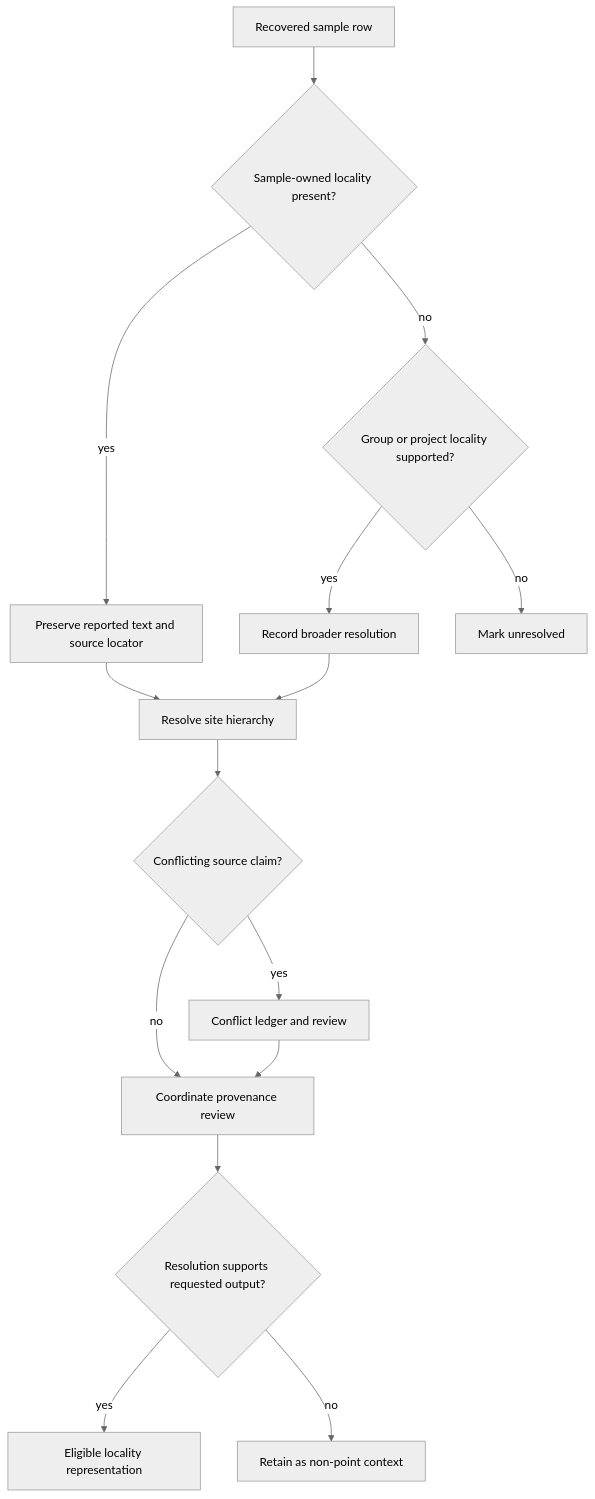
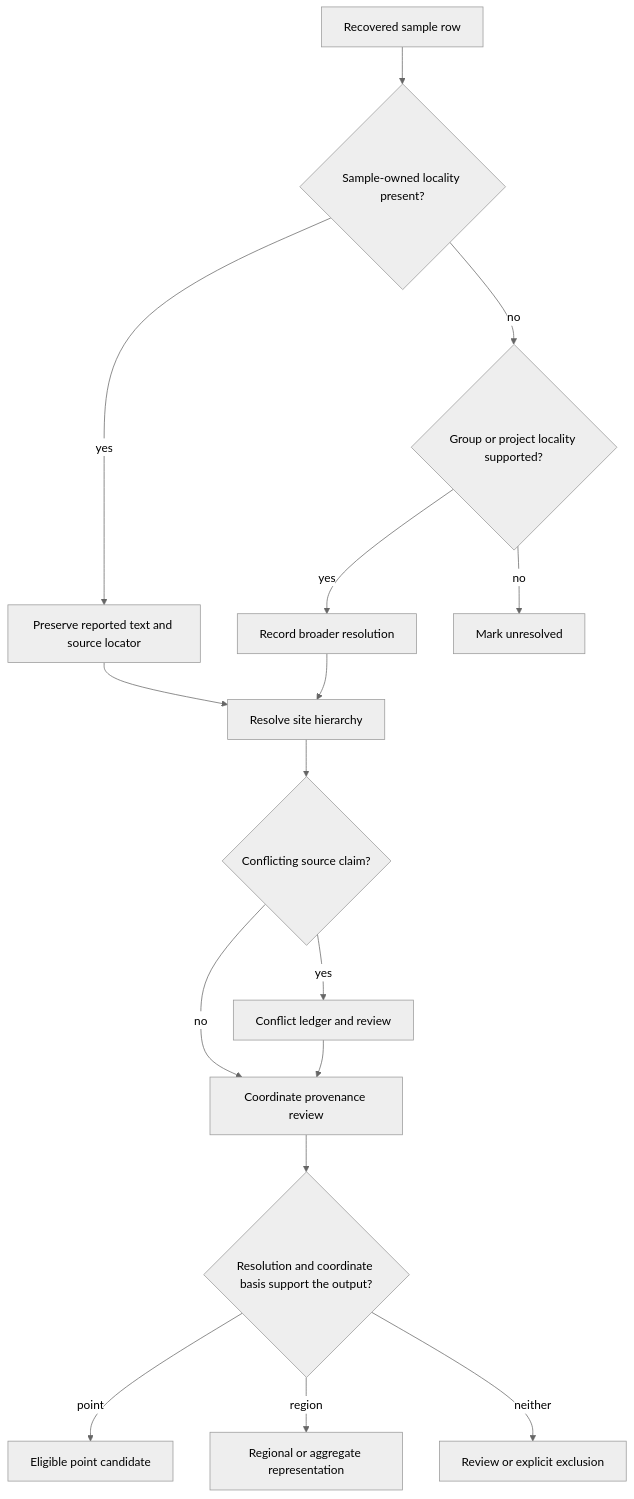
The diagram in docs/public/pollenomics-data/evidence/localities.md (bijux/bijux-pollenomics), drawn with Mermaid (neutral theme) before and after one commit. The commit also changed other lines of this file and 2 other files, not shown here.

````diff
--- a/docs/public/pollenomics-data/evidence/localities.md
+++ b/docs/public/pollenomics-data/evidence/localities.md
@@ -38,17 +59,18 @@
 ```mermaid
 flowchart TD
     A[Recovered sample row] --> B{Sample-owned locality present?}
     B -->|yes| C[Preserve reported text and source locator]
     B -->|no| D{Group or project locality supported?}
     D -->|yes| E[Record broader resolution]
     D -->|no| F[Mark unresolved]
     C --> G[Resolve site hierarchy]
     E --> G
     G --> H{Conflicting source claim?}
     H -->|yes| I[Conflict ledger and review]
     H -->|no| J[Coordinate provenance review]
     I --> J
-    J --> K{Resolution supports requested output?}
-    K -->|yes| L[Eligible locality representation]
-    K -->|no| M[Retain as non-point context]
+    J --> K{Resolution and coordinate basis support the output?}
+    K -->|point| L[Eligible point candidate]
+    K -->|region| M[Regional or aggregate representation]
+    K -->|neither| N[Review or explicit exclusion]
 ```
````
